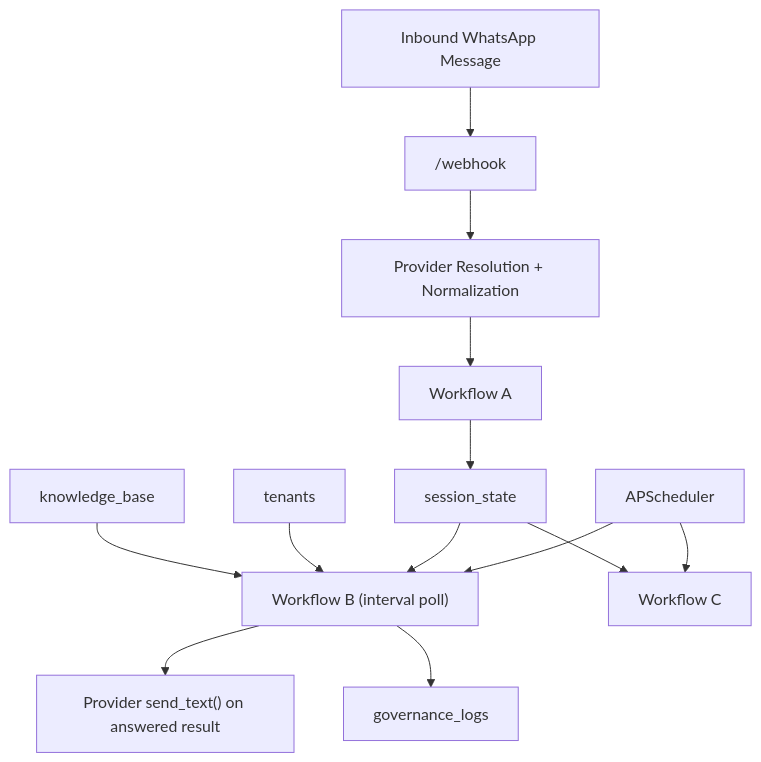
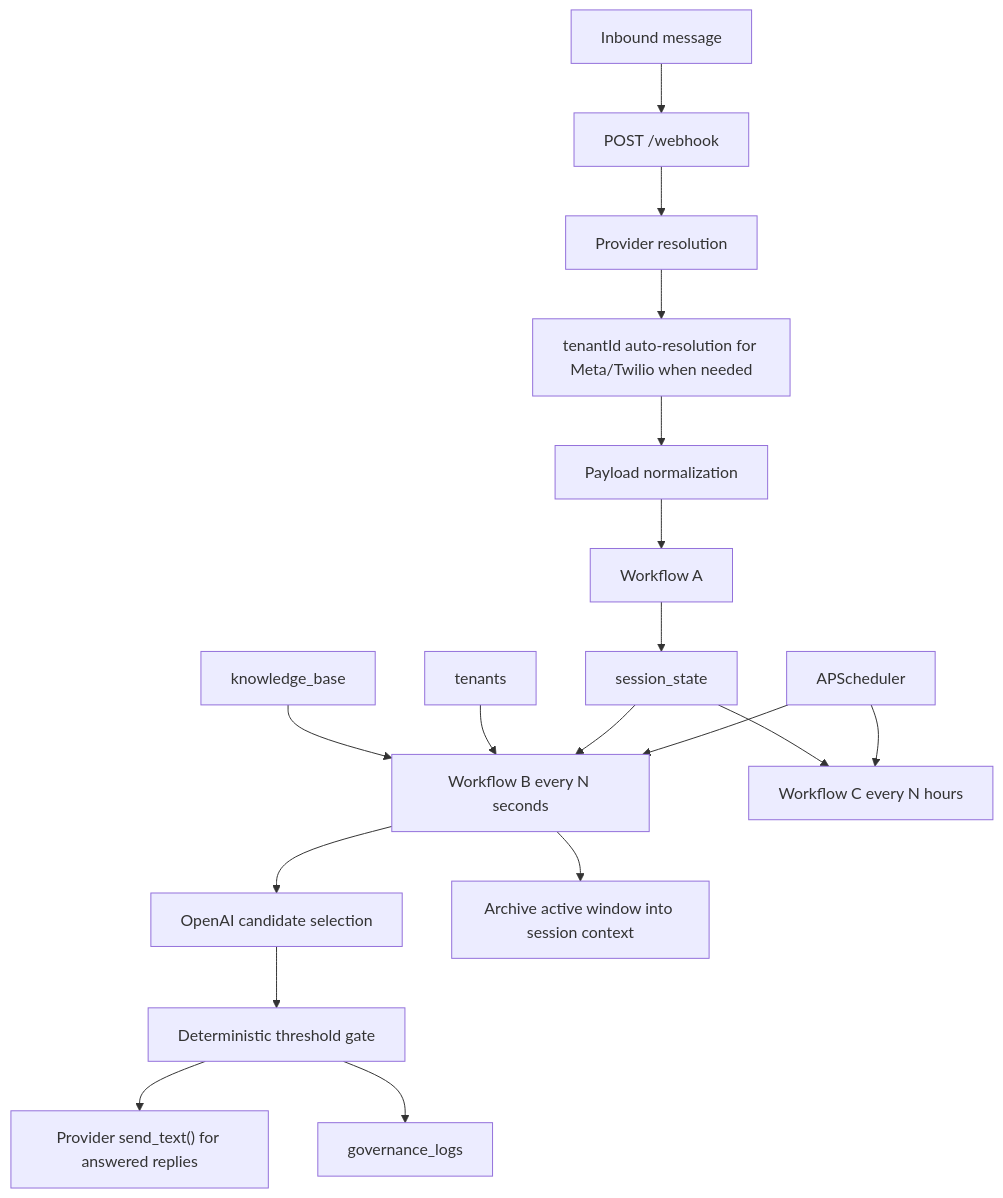
One commit to prnvh/SVMP-CS changed the diagram in system_architecture.md. Above: the diagram before and after it, drawn with Mermaid. The commit also changed other lines of this file and 12 other files, not shown here.

````diff
--- a/system_architecture.md
+++ b/system_architecture.md
@@ -57,15 +67,20 @@
 ```mermaid
 flowchart TD
-    A["Inbound WhatsApp Message"] --> B["/webhook"]
-    B --> C["Provider Resolution + Normalization"]
-    C --> D["Workflow A"]
-    D --> E["session_state"]
-    F["APScheduler"] --> G["Workflow B (interval poll)"]
-    E --> G
-    H["tenants"] --> G
-    I["knowledge_base"] --> G
-    G --> J["Provider send_text() on answered result"]
-    G --> K["governance_logs"]
-    F --> L["Workflow C"]
-    E --> L
+    A["Inbound message"] --> B["POST /webhook"]
+    B --> C["Provider resolution"]
+    C --> D["tenantId auto-resolution for Meta/Twilio when needed"]
+    D --> E["Payload normalization"]
+    E --> F["Workflow A"]
+    F --> G["session_state"]
+    H["APScheduler"] --> I["Workflow B every N seconds"]
+    G --> I
+    J["tenants"] --> I
+    K["knowledge_base"] --> I
+    I --> L["OpenAI candidate selection"]
+    L --> M["Deterministic threshold gate"]
+    M --> N["Provider send_text() for answered replies"]
+    M --> O["governance_logs"]
+    I --> P["Archive active window into session context"]
+    H --> Q["Workflow C every N hours"]
+    G --> Q
 ```
````
